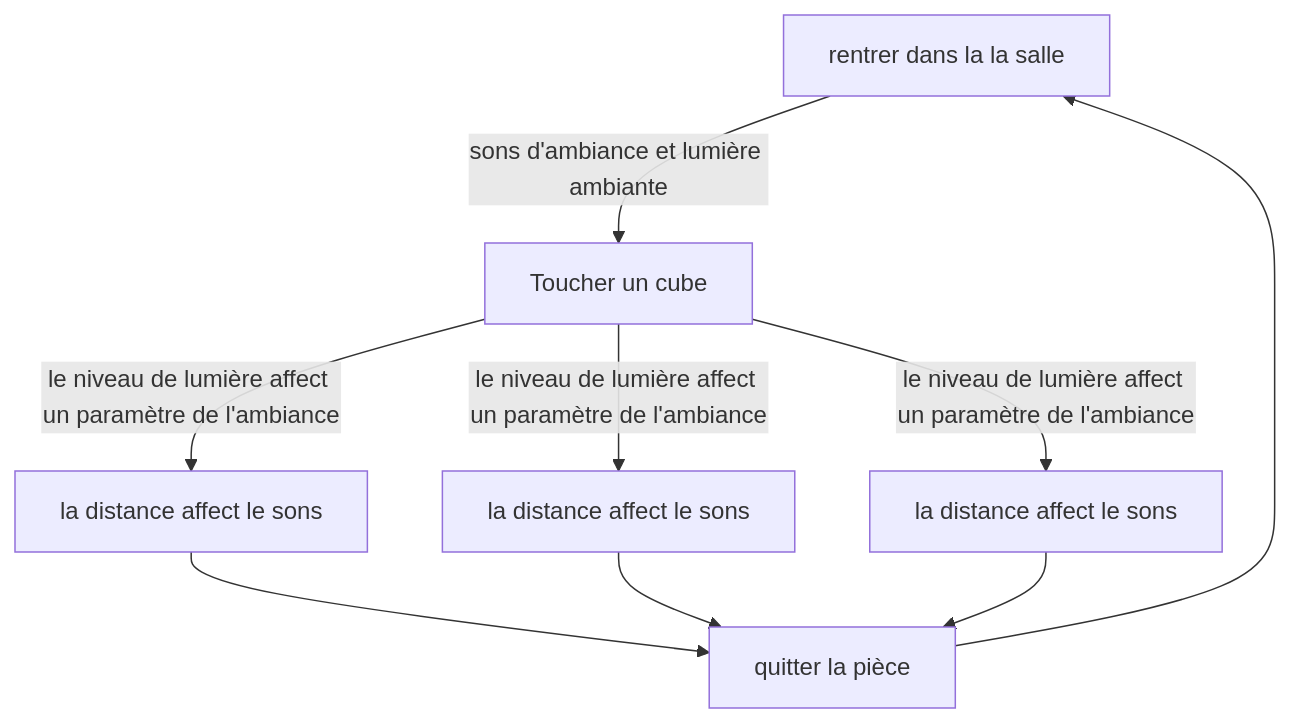
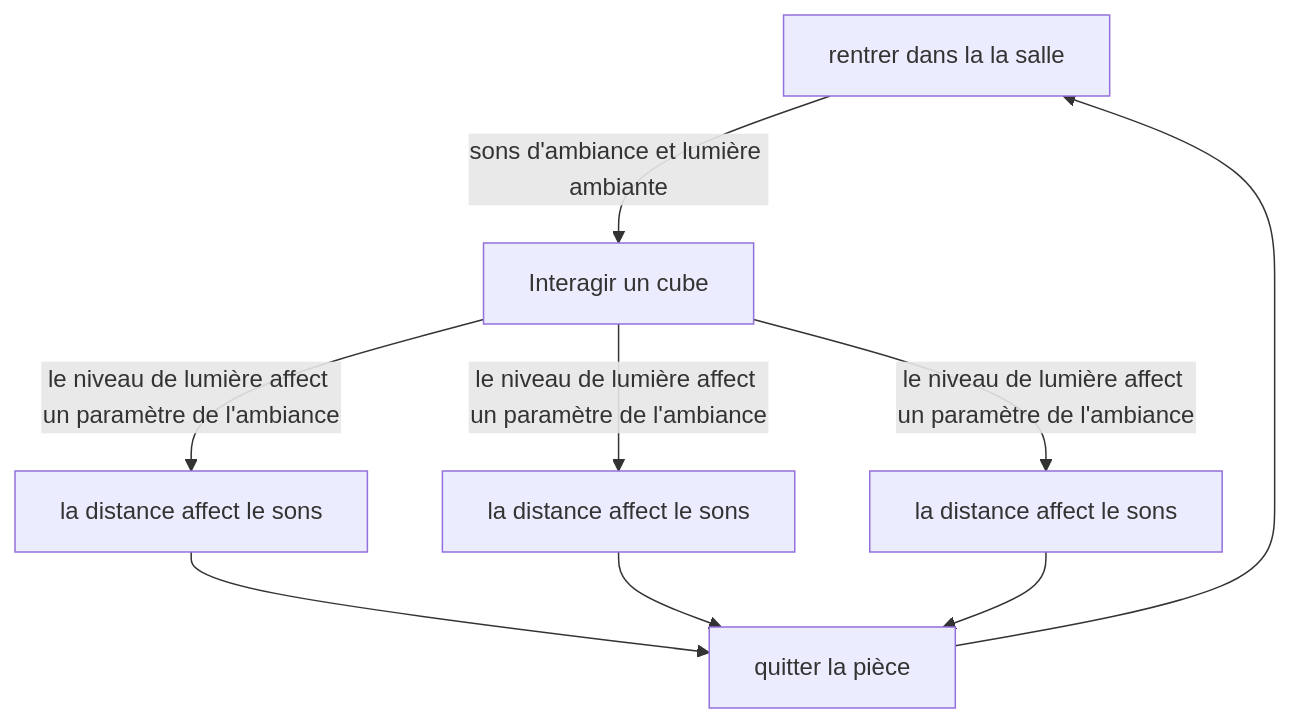
Before and after one commit to Ethereal-Creators/Etheria: the diagram in 20_intention/30_scenario/README.md, drawn with Mermaid.

Commit message:
correction

````diff
--- a/20_intention/30_scenario/README.md
+++ b/20_intention/30_scenario/README.md
@@ -13,11 +13,11 @@
 ```mermaid
 graph TD
     A[rentrer dans la la salle] --sons d'ambiance et lumière ambiante--> B[la distance affect le sons]
-    B[Toucher un cube] -- le niveau de lumière affect un paramètre de l'ambiance --> C[la distance affect le sons]
+    B[Interagir un cube] -- le niveau de lumière affect un paramètre de l'ambiance --> C[la distance affect le sons]
     B --le niveau de lumière affect un paramètre de l'ambiance --> D[la distance affect le sons]
     B --le niveau de lumière affect un paramètre de l'ambiance --> E[la distance affect le sons]
     C --> F[quitter la pièce]
     D --> F[quitter la pièce]
     E --> F[quitter la pièce]
     F --> A
 ```
````
